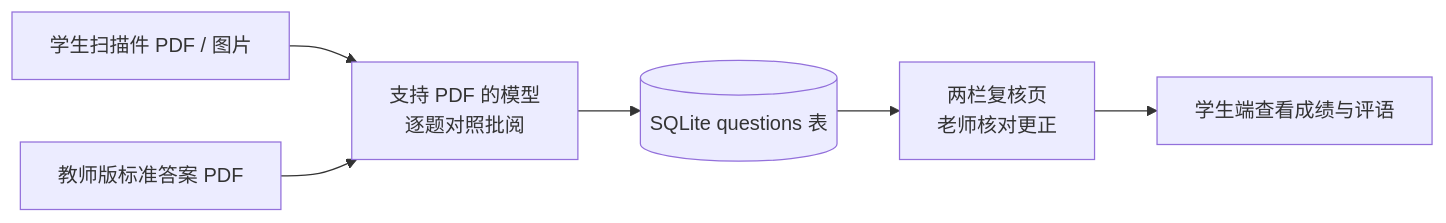
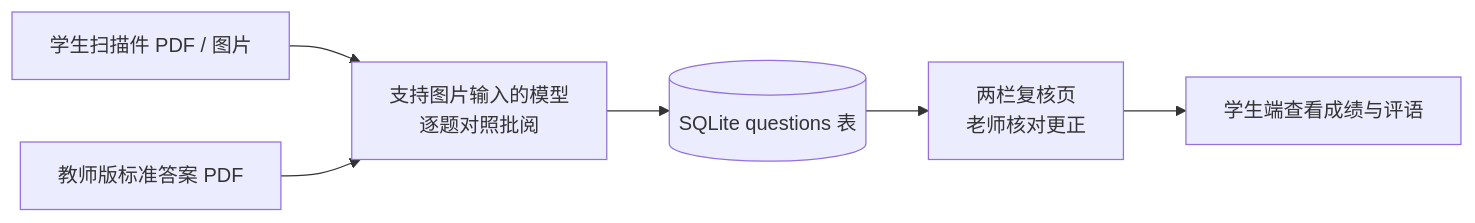
One commit to jezecheng/GradeLogy changed the diagram in README.md. Above: the diagram before and after it, drawn with Mermaid. The commit also changed other lines of this file and 8 other files, not shown here.

First line of the commit message:
feat: 批阅改为整页图片，默认模型切换为 DeepSeek 视觉版

````diff
--- a/README.md
+++ b/README.md
@@ -30,8 +30,8 @@
 ```mermaid
 flowchart LR
-    A[学生扫描件 PDF / 图片] --> C[支持 PDF 的模型<br/>逐题对照批阅]
+    A[学生扫描件 PDF / 图片] --> C[支持图片输入的模型<br/>逐题对照批阅]
     B[教师版标准答案 PDF] --> C
     C --> D[(SQLite questions 表)]
     D --> E[两栏复核页<br/>老师核对更正]
     E --> F[学生端查看成绩与评语]
 ```
````
